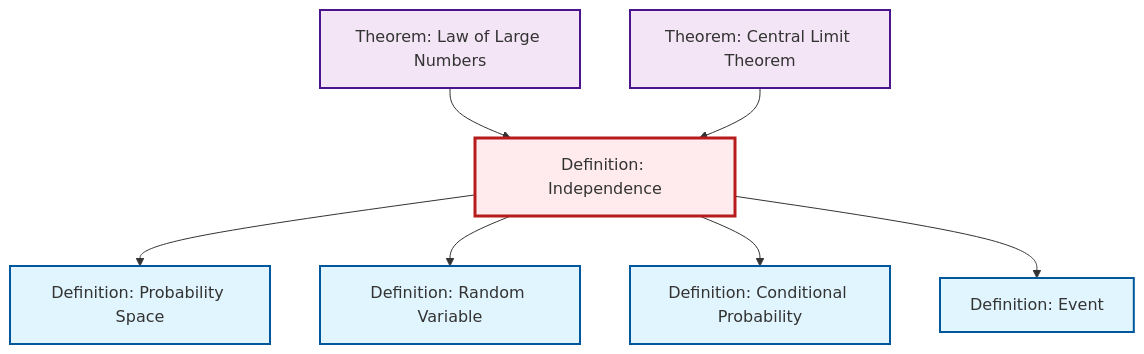
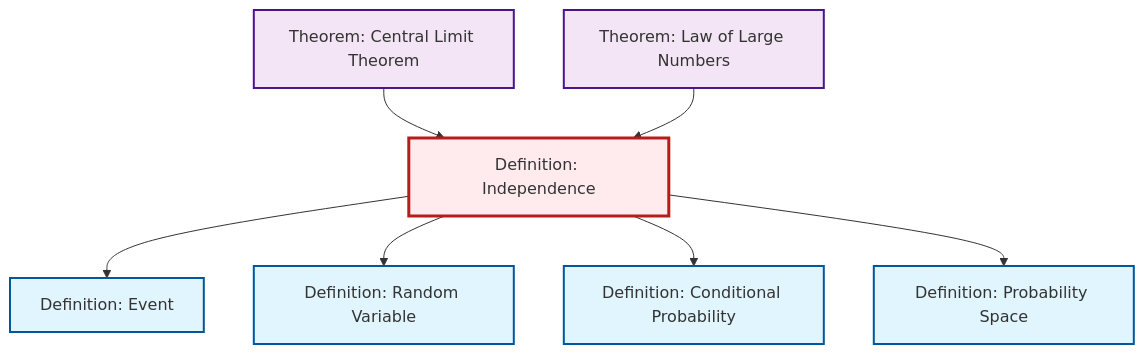
The diagram in content/ja/probability-statistics/def-independence.qmd (RK0429/ModernMath), drawn with Mermaid before and after one commit. The commit also changed other lines of this file and 360 other files, not shown here.

````diff
--- a/content/ja/probability-statistics/def-independence.qmd
+++ b/content/ja/probability-statistics/def-independence.qmd
@@ -114,29 +114,29 @@
 ```{mermaid}
 %%| fig-cap: "Local dependency graph"
 graph TD
     classDef definition fill:#e1f5fe,stroke:#01579b,stroke-width:2px
     classDef theorem fill:#f3e5f5,stroke:#4a148c,stroke-width:2px
     classDef axiom fill:#fff3e0,stroke:#e65100,stroke-width:2px
     classDef example fill:#e8f5e9,stroke:#1b5e20,stroke-width:2px
     classDef current fill:#ffebee,stroke:#b71c1c,stroke-width:3px
     def-conditional-probability["Definition: Conditional Probability"]:::definition
+    def-event["Definition: Event"]:::definition
+    def-probability-space["Definition: Probability Space"]:::definition
+    def-random-variable["Definition: Random Variable"]:::definition
+    def-independence["Definition: Independence"]:::definition
     thm-central-limit["Theorem: Central Limit Theorem"]:::theorem
-    def-random-variable["Definition: Random Variable"]:::definition
     thm-law-of-large-numbers["Theorem: Law of Large Numbers"]:::theorem
-    def-independence["Definition: Independence"]:::definition
-    def-probability-space["Definition: Probability Space"]:::definition
-    def-event["Definition: Event"]:::definition
+    thm-central-limit --> def-independence
+    def-independence --> def-event
+    def-independence --> def-random-variable
+    def-independence --> def-conditional-probability
     def-independence --> def-probability-space
     thm-law-of-large-numbers --> def-independence
-    def-independence --> def-random-variable
-    def-independence --> def-conditional-probability
-    def-independence --> def-event
-    thm-central-limit --> def-independence
     class def-independence current
     click def-conditional-probability "def-conditional-probability.html" "Definition: Conditional Probabilityへ"
+    click def-event "def-event.html" "Definition: Eventへ"
+    click def-probability-space "def-probability-space.html" "Definition: Probability Spaceへ"
+    click def-random-variable "def-random-variable.html" "Definition: Random Variableへ"
     click thm-central-limit "thm-central-limit.html" "Theorem: Central Limit Theoremへ"
-    click def-random-variable "def-random-variable.html" "Definition: Random Variableへ"
     click thm-law-of-large-numbers "thm-law-of-large-numbers.html" "Theorem: Law of Large Numbersへ"
-    click def-probability-space "def-probability-space.html" "Definition: Probability Spaceへ"
-    click def-event "def-event.html" "Definition: Eventへ"
 ```
````
